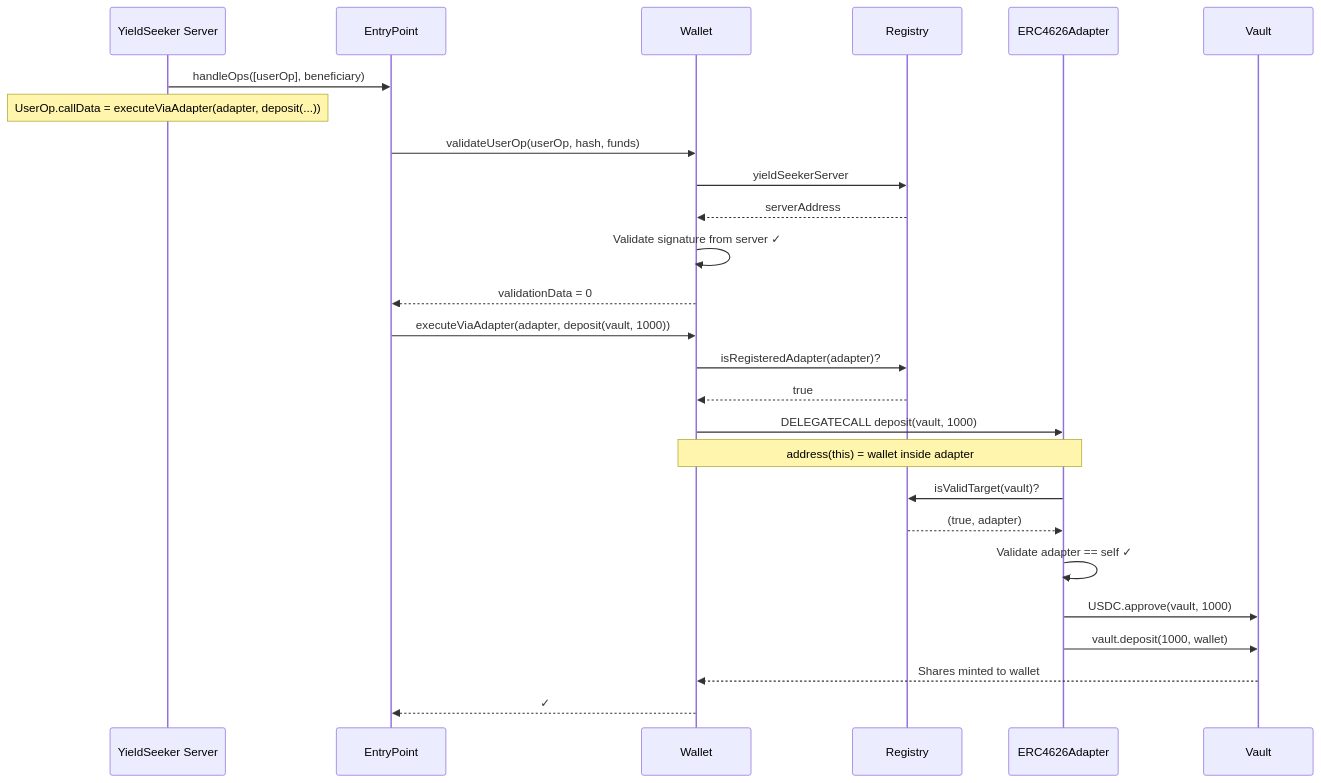
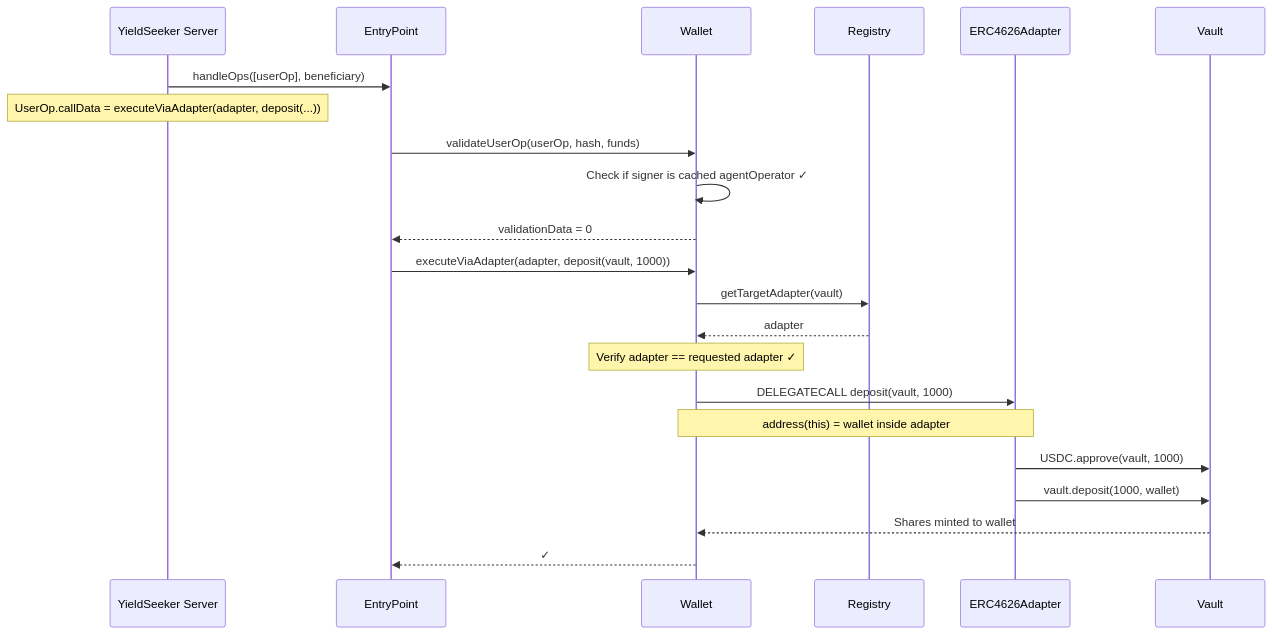
The third of 3 diagrams in README.md (tokenpage/yieldseeker-contracts), drawn with Mermaid before and after one commit. The commit also changed other lines of this file and 4 other files, not shown here.

````diff
--- a/README.md
+++ b/README.md
@@ -435,29 +439,25 @@
 ```mermaid
 sequenceDiagram
     participant Server as YieldSeeker Server
     participant EP as EntryPoint
     participant Wallet
     participant Registry
     participant Adapter as ERC4626Adapter
     participant Vault
 
     Server->>EP: handleOps([userOp], beneficiary)
     Note over Server: UserOp.callData = executeViaAdapter(adapter, deposit(...))
     EP->>Wallet: validateUserOp(userOp, hash, funds)
-    Wallet->>Registry: yieldSeekerServer
-    Registry-->>Wallet: serverAddress
-    Wallet->>Wallet: Validate signature from server ✓
+    Wallet->>Wallet: Check if signer is cached agentOperator ✓
     Wallet-->>EP: validationData = 0
     EP->>Wallet: executeViaAdapter(adapter, deposit(vault, 1000))
-    Wallet->>Registry: isRegisteredAdapter(adapter)?
-    Registry-->>Wallet: true
+    Wallet->>Registry: getTargetAdapter(vault)
+    Registry-->>Wallet: adapter
+    Note over Wallet: Verify adapter == requested adapter ✓
     Wallet->>Adapter: DELEGATECALL deposit(vault, 1000)
     Note over Wallet, Adapter: address(this) = wallet inside adapter
-    Adapter->>Registry: isValidTarget(vault)?
-    Registry-->>Adapter: (true, adapter)
-    Adapter->>Adapter: Validate adapter == self ✓
     Adapter->>Vault: USDC.approve(vault, 1000)
     Adapter->>Vault: vault.deposit(1000, wallet)
     Vault-->>Wallet: Shares minted to wallet
     Wallet-->>EP: ✓
 ```
````
